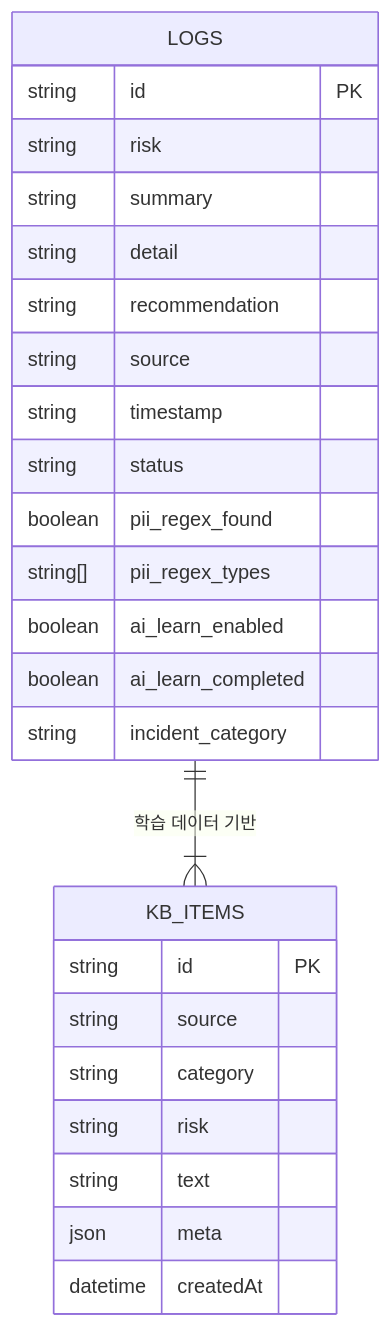
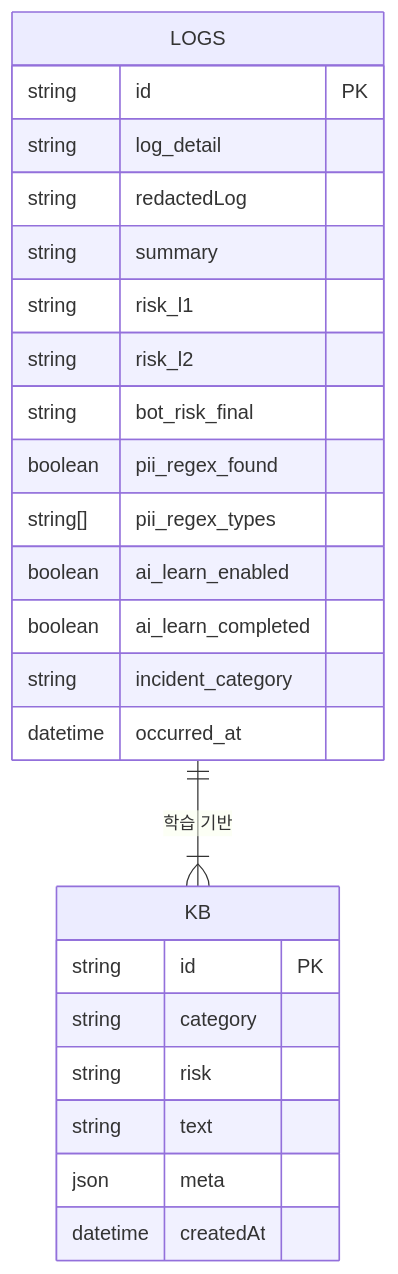
One commit to jihun-moon/im-bank-n8n-agent changed the second of 3 diagrams in README.md. Above: the diagram before and after it, drawn with Mermaid. The commit also changed other lines of this file, not shown here.

````diff
--- a/README.md
+++ b/README.md
@@ -104,30 +118,29 @@
 ```mermaid
 erDiagram
     LOGS {
         string id PK
-        string risk
+        string log_detail
+        string redactedLog
         string summary
-        string detail
-        string recommendation
-        string source
-        string timestamp
-        string status
+        string risk_l1
+        string risk_l2
+        string bot_risk_final
         boolean pii_regex_found
         string[] pii_regex_types
         boolean ai_learn_enabled
         boolean ai_learn_completed
         string incident_category
+        datetime occurred_at
     }
 
-    KB_ITEMS {
+    KB {
         string id PK
-        string source
         string category
         string risk
         string text
         json meta
         datetime createdAt
     }
 
-    LOGS ||--|{ KB_ITEMS : "학습 데이터 기반"
+    LOGS ||--|{ KB : "학습 기반"
 ```
````
